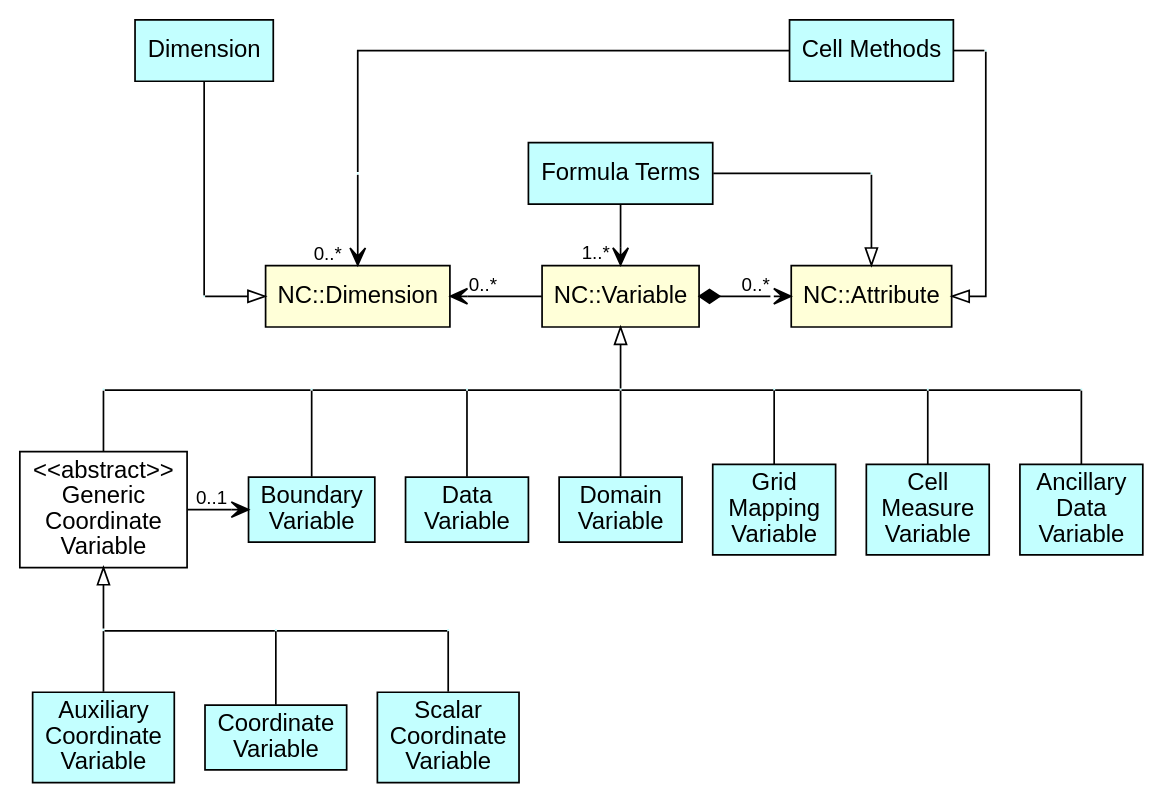
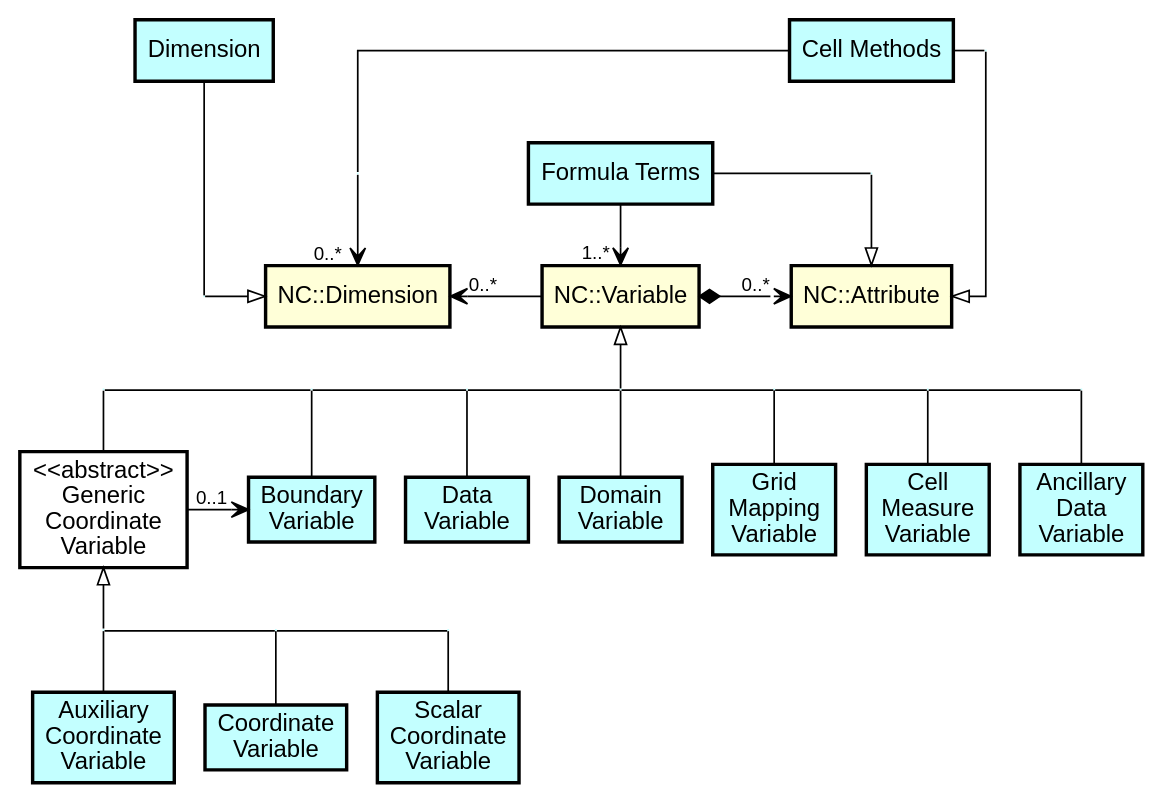
The diagram in images/cfdm_cf_concepts.gv (cf-convention/cf-conventions), drawn with Graphviz before and after one commit. The commit also changed 11 other files, not shown here.

```diff
--- a/images/cfdm_cf_concepts.gv
+++ b/images/cfdm_cf_concepts.gv
@@ -1,133 +1,133 @@
 digraph {splines=ortho nodesep="+0.25"
 
 # --------------------------------------------------------------------
 # NetCDF variables
 # --------------------------------------------------------------------
 node [
-     style=filled
+     style="filled,bold"
      shape=rectangle
      fillcolor="#FFFFD8"
      width=1.0
      height=0.5
      fontname="Arial"
      ]
 
 NetCDFDimension [label="NC::Dimension"]
 NetCDFVariable [label="NC::Variable"]
 NetCDFAttribute [label="NC::Attribute"]
 
 # --------------------------------------------------------------------
 # CF-netCDF elements
 # --------------------------------------------------------------------
 node [
-     style=filled
+     style="filled,bold"
      shape=rectangle
      fillcolor="#C3FFFF"
      width=1.0
      height=0.5
      fontname="Arial"
      ]
 
 GenericCoordinate [label="<<abstract>>\nGeneric\nCoordinate\nVariable"
 		   fillcolor=white]
 
 Dimension [label="Dimension"]
 CellMethods [label="Cell Methods"]
 FormulaTerms [label="Formula Terms"]
 AuxiliaryCoordinate [label="Auxiliary\nCoordinate\nVariable"]
 Coordinate [label="Coordinate\nVariable"]
 ScalarCoordinate [label="Scalar\nCoordinate\nVariable"]
 Data [label="Data\nVariable"]
 Domain [label="Domain\nVariable"]
 CellMeasure [label="Cell\nMeasure\nVariable"]
 AncillaryData [label="Ancillary\nData\nVariable"]
 BoundaryVariable [label="Boundary\nVariable"]
 GridMapping [label="Grid\nMapping\nVariable"]
 
 # --------------------------------------------------------------------
 # Invisible nodes used to aid in layout
 # --------------------------------------------------------------------
 node [
      width=0
      height=0
      size=fixed
      shape=none
      label=""
      ]
 route1
 route2
 route3
 route4
 route5
 route6
 route7
 route8
 route9
 route10
 route11
 route12
 route13
 route14
 
 edge [arrowtail=none
       arrowhead=none
       dir=both
       arrowsize=1.0
       fontname="Arial"
       labelfontsize=11.0
       ]
 
 Dimension -> route3 []
 route3 -> NetCDFDimension [arrowhead=empty minlen=2]
 CellMethods -> route1 []
 route1 -> NetCDFDimension [arrowhead=vee headlabel="0..*   " weight=100]
 CellMethods -> route2 []
 route2 -> NetCDFAttribute [arrowhead=empty]
 
 {rank=same; Dimension, route2, CellMethods}
 
 NetCDFDimension -> NetCDFVariable [arrowtail=vee minlen=3 taillabel="    0..*"]
 NetCDFVariable -> NetCDFAttribute [arrowtail=vee arrowhead=diamond minlen=3 taillabel="0..*    "]
 {rank=same; route3, NetCDFDimension, NetCDFVariable, NetCDFAttribute}
 
 FormulaTerms -> NetCDFVariable [arrowhead=vee weight=100 headlabel="1..*  "]
 FormulaTerms -> route11 []
 route11 -> NetCDFAttribute [arrowhead=empty weight=100]	    
 {rank=same; route1, route11, FormulaTerms}
 
 NetCDFVariable -> route7 [arrowtail=empty weight=100]
 route7 -> Domain [weight=100]
 GenericCoordinate -> route4 [weight=100]
 route4 -> route5 []
 route5 -> BoundaryVariable [weight=100]
 route5 -> route6 []
 route6 -> Data []
 route6 -> route7 []
 route7 -> route8 []       
 GridMapping -> route8 [weight=100]
 route8 -> route9 []
 route9 -> CellMeasure [weight=100]
 route9 -> route10 []
 route10 -> AncillaryData [weight=100]
 
 {rank=same; route4, route5, route6, route7, route8, route9, route10}
 {rank=same; GenericCoordinate, BoundaryVariable, Data, Domain, CellMeasure, AncillaryData GridMapping}
 
 GenericCoordinate -> BoundaryVariable [arrowhead=vee arrowtail=none minlen=2 headlabel="0..1    "]
 
 GenericCoordinate -> route12 [arrowtail=empty weight=100]
 route12 -> AuxiliaryCoordinate [weight=100]
 route12 -> route13 []
 route13 -> Coordinate []
 route13 -> route14 []
 route14 -> ScalarCoordinate [weight=100]
 
 {rank=same; route12, route13, route14}
 {rank=same; AuxiliaryCoordinate, Coordinate, ScalarCoordinate}
 
 # --------------------------------------------------------------------
 # Invisible edges used to aid in layout
 # --------------------------------------------------------------------
 CellMethods -> route11 [style=invis weight=100]
 
 }
```
